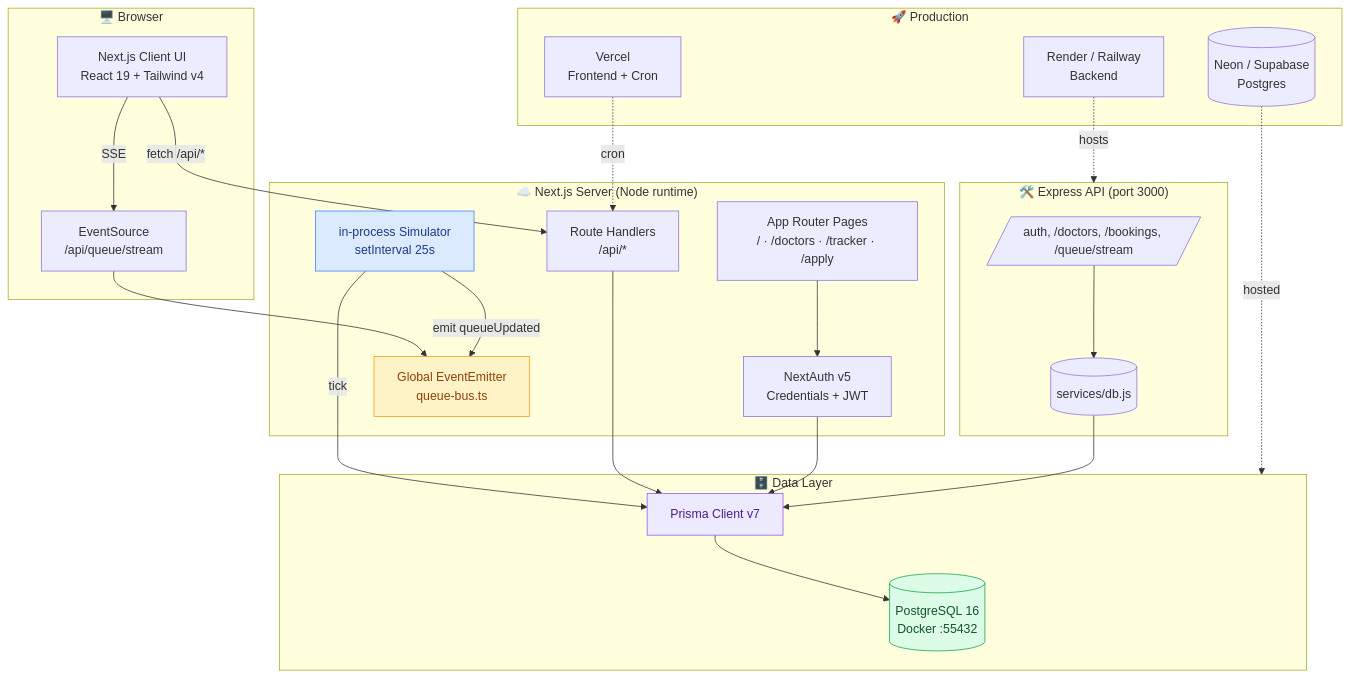
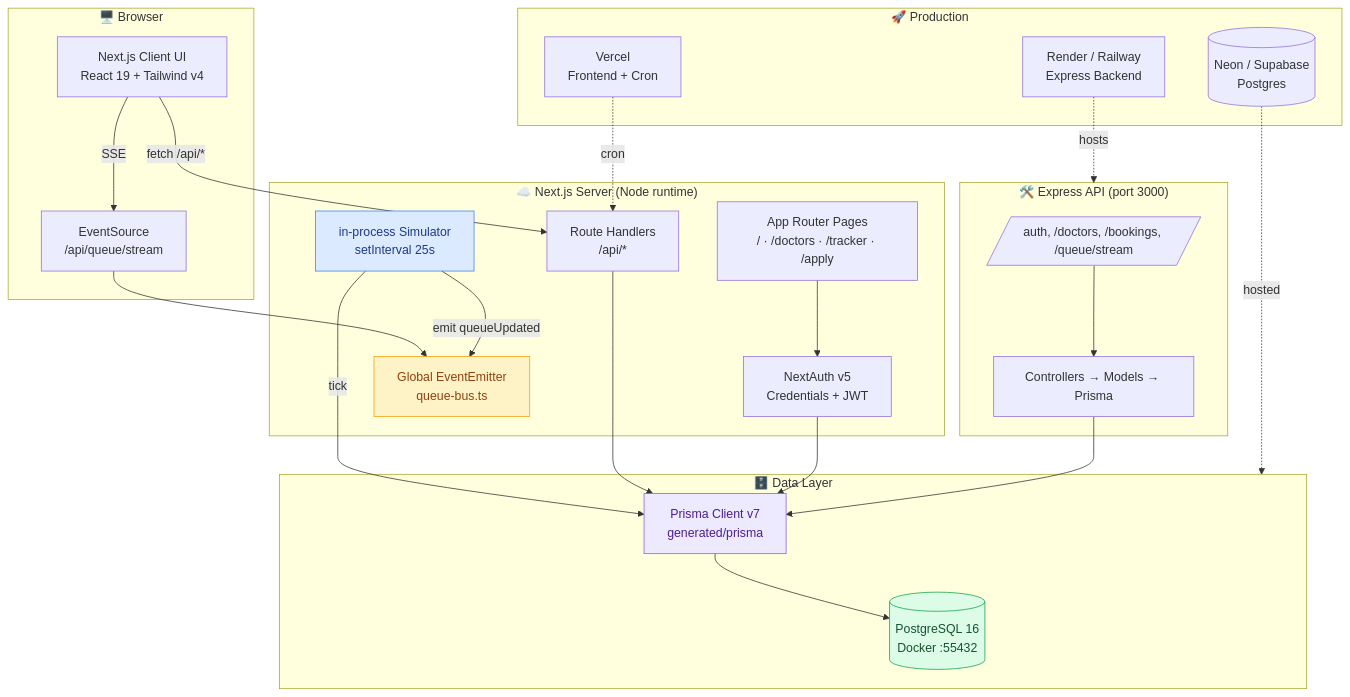
The first of 14 diagrams in README.md (soumyachk101/DocContact), drawn with Mermaid before and after one commit. The commit also changed other lines of this file, not shown here.

````diff
--- a/README.md
+++ b/README.md
@@ -155,52 +156,52 @@
 ```mermaid
 graph TB
     subgraph CLIENT["🖥️ Browser"]
         UI[Next.js Client UI<br/>React 19 + Tailwind v4]
         ES[EventSource<br/>/api/queue/stream]
     end
 
     subgraph FRONTEND["☁️ Next.js Server (Node runtime)"]
         PAGES[App Router Pages<br/>/ · /doctors · /tracker · /apply]
         AUTH[NextAuth v5<br/>Credentials + JWT]
         SIM[in-process Simulator<br/>setInterval 25s]
         BUS[Global EventEmitter<br/>queue-bus.ts]
         APIFE[Route Handlers<br/>/api/*]
     end
 
     subgraph BACKEND["🛠️ Express API (port 3000)"]
-        EXPAUTH[/auth, /doctors, /bookings, /queue/stream/]
-        EXPDB[(services/db.js)]
+        EXPROUTES[/auth, /doctors, /bookings, /queue/stream/]
+        EXPCNTR[Controllers → Models → Prisma]
     end
 
     subgraph DATA["🗄️ Data Layer"]
         PG[(PostgreSQL 16<br/>Docker :55432)]
-        PRISMA[Prisma Client v7]
+        PRISMA[Prisma Client v7<br/>generated/prisma]
     end
 
     subgraph PROD_DEPLOY["🚀 Production"]
         VERCEL[Vercel<br/>Frontend + Cron]
         NEON[(Neon / Supabase<br/>Postgres)]
-        RENDER[Render / Railway<br/>Backend]
+        RENDER[Render / Railway<br/>Express Backend]
     end
 
     UI -->|fetch /api/*| APIFE
     UI -->|SSE| ES
     ES --> BUS
     SIM -->|tick| PRISMA
     SIM -->|emit queueUpdated| BUS
     APIFE --> PRISMA
     AUTH --> PRISMA
     PAGES --> AUTH
-    EXPAUTH --> EXPDB
-    EXPDB --> PRISMA
+    EXPROUTES --> EXPCNTR
+    EXPCNTR --> PRISMA
     PRISMA --> PG
 
     VERCEL -.cron.-> APIFE
     RENDER -. hosts .-> BACKEND
     NEON -. hosted .-> DATA
 
     style BUS fill:#fef3c7,stroke:#f59e0b,color:#92400e
     style SIM fill:#dbeafe,stroke:#3b82f6,color:#1e3a8a
     style PRISMA fill:#ede9fe,stroke:#8b5cf6,color:#4c1d95
     style PG fill:#dcfce7,stroke:#16a34a,color:#14532d
 ```
````
